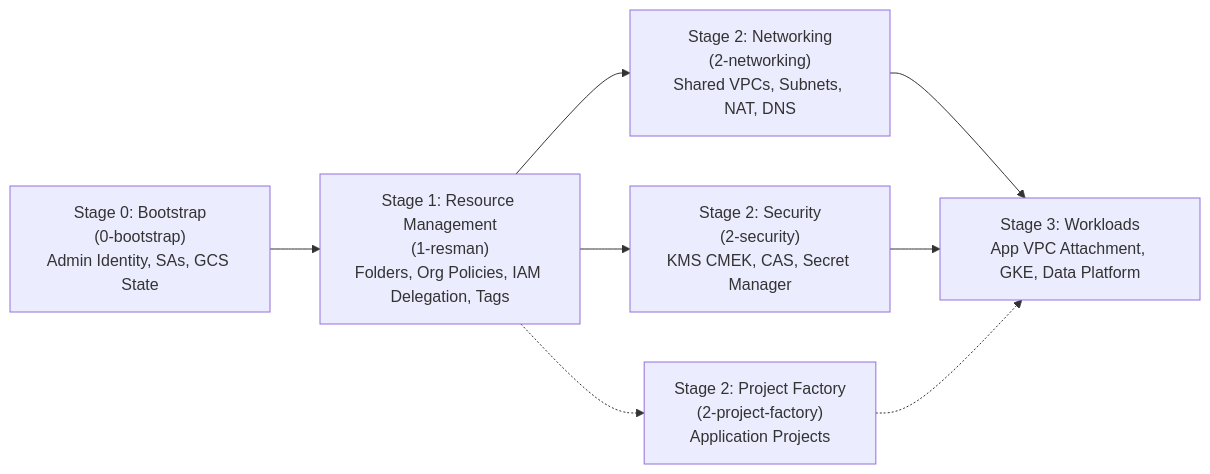
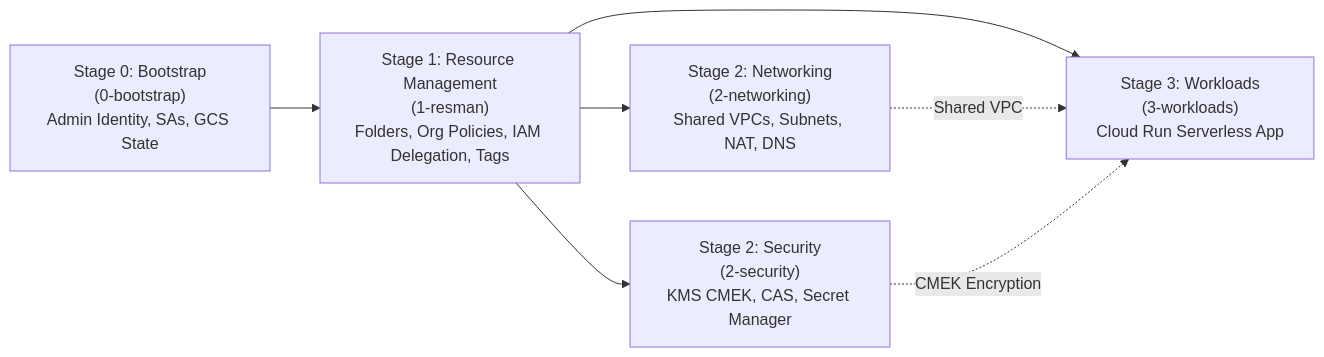
One commit to teemu61/fast-test changed the first of 3 diagrams in README.md. Above: the diagram before and after it, drawn with Mermaid. The commit also changed other lines of this file, not shown here.

Commit message:
docs: document Stage 3 Workloads architecture and deployment in master README

````diff
--- a/README.md
+++ b/README.md
@@ -16,10 +16,9 @@
 ```mermaid
 flowchart LR
     S0["Stage 0: Bootstrap\n(0-bootstrap)\nAdmin Identity, SAs, GCS State"] --> S1["Stage 1: Resource Management\n(1-resman)\nFolders, Org Policies, IAM Delegation, Tags"]
     S1 --> S2N["Stage 2: Networking\n(2-networking)\nShared VPCs, Subnets, NAT, DNS"]
     S1 --> S2S["Stage 2: Security\n(2-security)\nKMS CMEK, CAS, Secret Manager"]
-    S1 -.-> S2P["Stage 2: Project Factory\n(2-project-factory)\nApplication Projects"]
-    S2N --> S3["Stage 3: Workloads\nApp VPC Attachment, GKE, Data Platform"]
-    S2S --> S3
-    S2P -.-> S3
+    S1 --> S3["Stage 3: Workloads\n(3-workloads)\nCloud Run Serverless App"]
+    S2N -.->|Shared VPC| S3
+    S2S -.->|CMEK Encryption| S3
 ```
````
